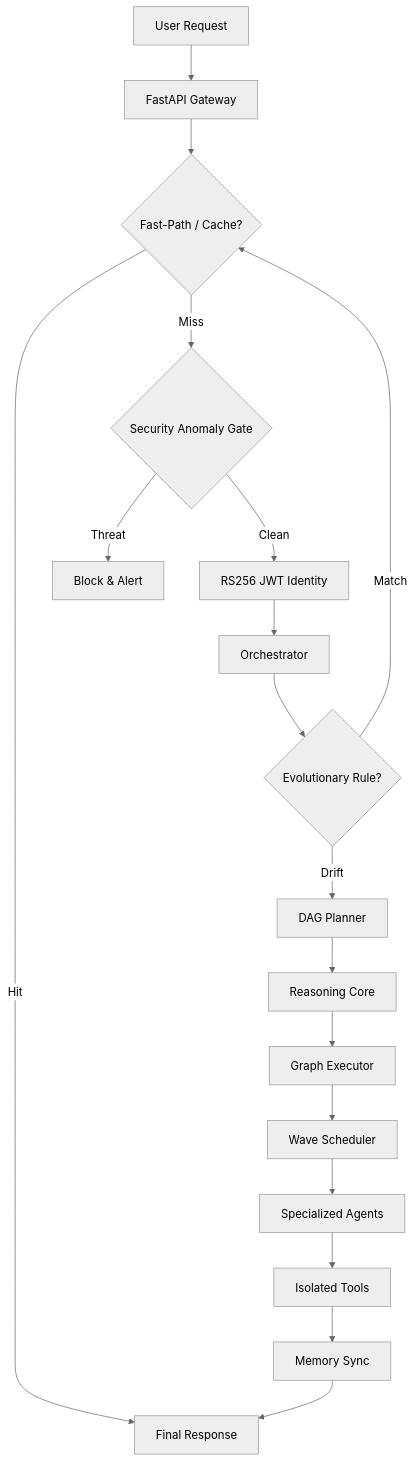
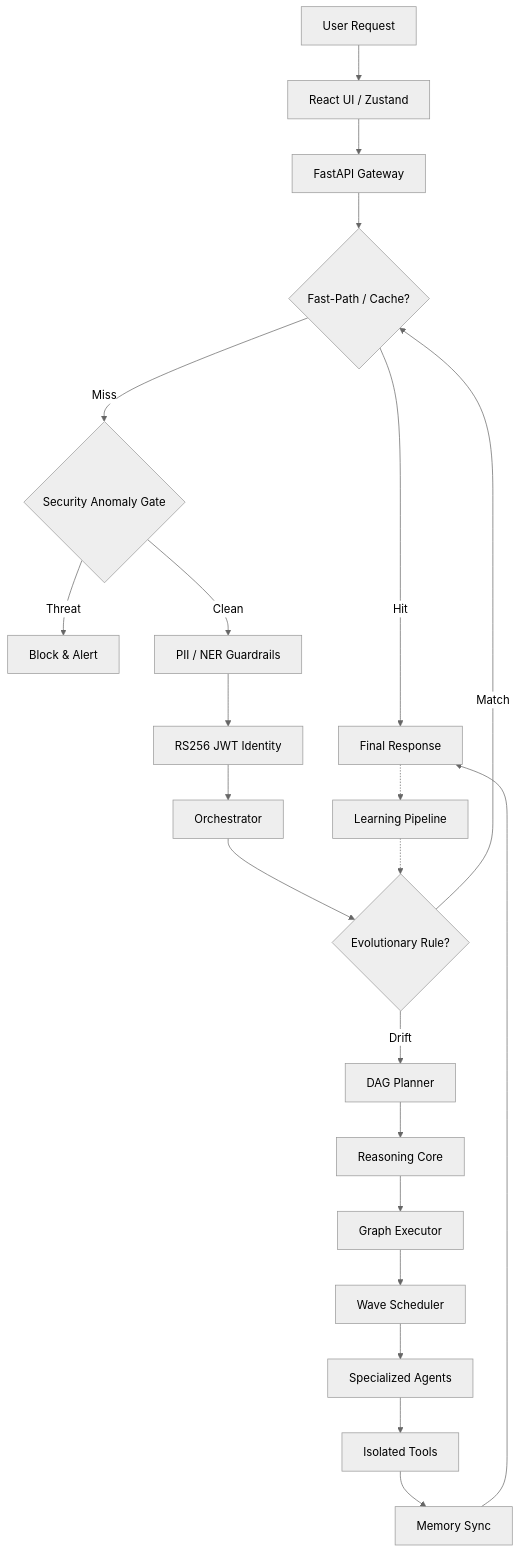
Before and after one commit to Blackdrg/levi-ai-innovate: the first of 3 diagrams in README.md, drawn with Mermaid (neutral theme). The commit also changed other lines of this file, not shown here.

Commit message:
docs: modernize architecture flowcharts with deep technical details

````diff
--- a/README.md
+++ b/README.md
@@ -113,20 +170,24 @@
 ```mermaid
 graph TD
-    User[User Request] --> Gateway[FastAPI Gateway]
+    User[User Request] --> Frontend[React UI / Zustand]
+    Frontend --> Gateway[FastAPI Gateway]
     Gateway --> FastPath{Fast-Path / Cache?}
     FastPath -- Hit --> Response[Response]
     FastPath -- Miss --> SecurityGate{Security Anomaly Gate}
     SecurityGate -- Threat --> Block[Block & Alert]
-    SecurityGate -- Clean --> Auth[RS256 JWT Identity]
+    SecurityGate -- Clean --> Guardrails[PII / NER Guardrails]
+    Guardrails --> Auth[RS256 JWT Identity]
     Auth --> Orchestrator[Orchestrator]
     Orchestrator --> Evolution{Evolutionary Rule?}
     Evolution -- Match --> FastPath
     Evolution -- Drift --> Planner[DAG Planner]
     Planner --> Reasoning[Reasoning Core]
     Reasoning --> Executor[Graph Executor]
     Executor --> Wave[Wave Scheduler]
     Wave --> Agents[Specialized Agents]
     Agents --> Tools[Isolated Tools]
     Tools --> Memory[Memory Sync]
     Memory --> Response[Final Response]
+    Response -.-> Learning[Learning Pipeline]
+    Learning -.-> Evolution
 ```
````
